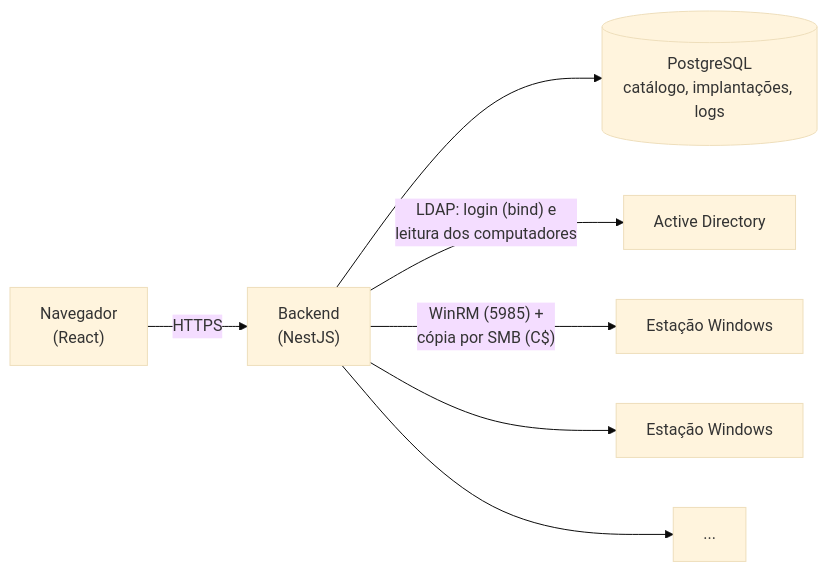
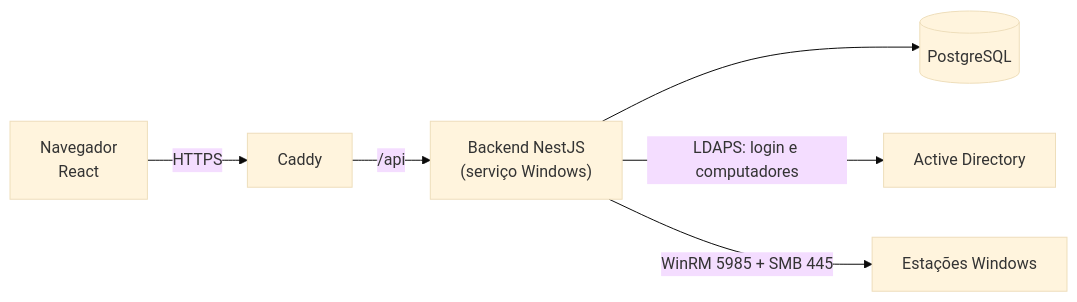
The diagram in README.md (rebecalara/remote-software-deployer), drawn with Mermaid (base theme) before and after one commit. The commit also changed other lines of this file, not shown here.

````diff
--- a/README.md
+++ b/README.md
@@ -37,9 +30,8 @@
 ```mermaid
 flowchart LR
-    U["Navegador<br/>(React)"] -->|HTTPS| B["Backend<br/>(NestJS)"]
-    B --> DB[("PostgreSQL<br/>catálogo, implantações, logs")]
-    B -->|"LDAP: login (bind) e<br/>leitura dos computadores"| AD["Active Directory"]
-    B -->|"WinRM (5985) +<br/>cópia por SMB (C$)"| E1["Estação Windows"]
-    B --> E2["Estação Windows"]
-    B --> E3["..."]
+    U["Navegador<br/>React"] -- "HTTPS" --> C["Caddy"]
+    C -- "/api" --> B["Backend NestJS<br/>(serviço Windows)"]
+    B --> DB[("PostgreSQL")]
+    B -- "LDAPS: login e computadores" --> AD["Active Directory"]
+    B -- "WinRM 5985 + SMB 445" --> E["Estações Windows"]
 ```
````
